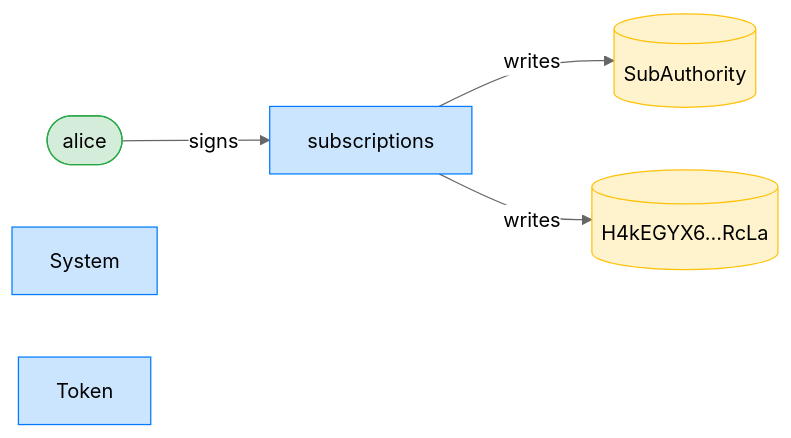
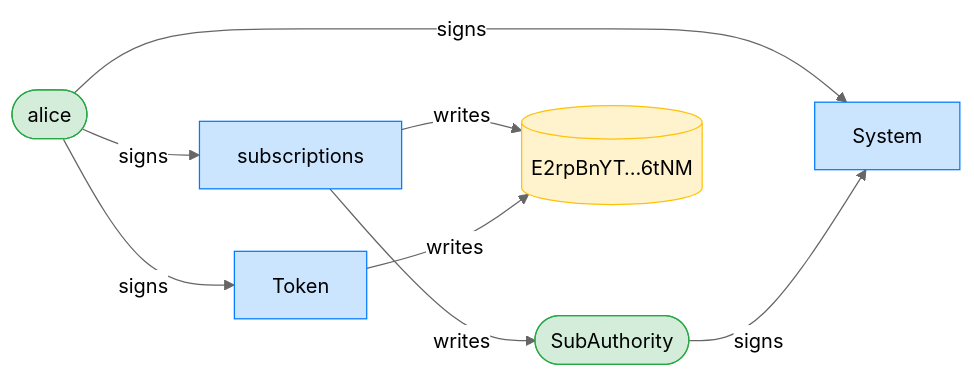
Before and after one commit to cds-rs/subscriptions: the third of 12 diagrams in dsl_tests/fixed-transfer-to-a-third-party.md, drawn with Mermaid (neutral theme). The commit also changed other lines of this file and 224 other files, not shown here.

````diff
--- a/dsl_tests/fixed-transfer-to-a-third-party.md
+++ b/dsl_tests/fixed-transfer-to-a-third-party.md
@@ -55,15 +56,19 @@
 ```mermaid
 flowchart LR
     classDef signer fill:#d4edda,stroke:#28a745;
     classDef program fill:#cce5ff,stroke:#007bff;
     classDef writable fill:#fff3cd,stroke:#ffc107;
     subscriptions[subscriptions]:::program
     alice([alice]):::signer
-    SubAuthority[(SubAuthority)]:::writable
-    H4kEGYX6_RcLa[("H4kEGYX6…RcLa")]:::writable
+    SubAuthority([SubAuthority]):::signer
+    E2rpBnYT_6tNM[("E2rpBnYT…6tNM")]:::writable
     System[System]:::program
     Token[Token]:::program
     alice -->|signs| subscriptions
+    alice -->|signs| System
+    SubAuthority -->|signs| System
+    alice -->|signs| Token
     subscriptions -->|writes| SubAuthority
-    subscriptions -->|writes| H4kEGYX6_RcLa
+    subscriptions -->|writes| E2rpBnYT_6tNM
+    Token -->|writes| E2rpBnYT_6tNM
 ```
````
